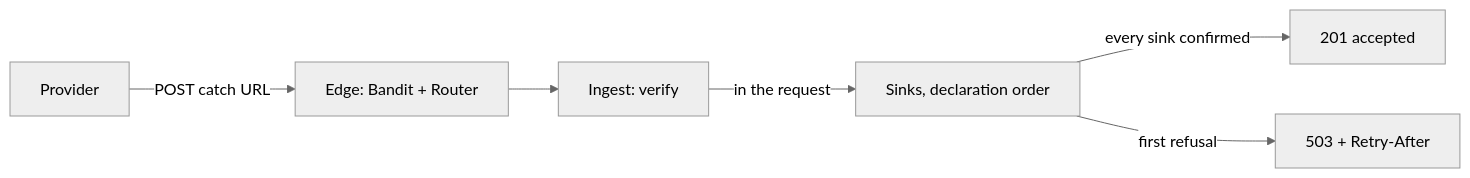
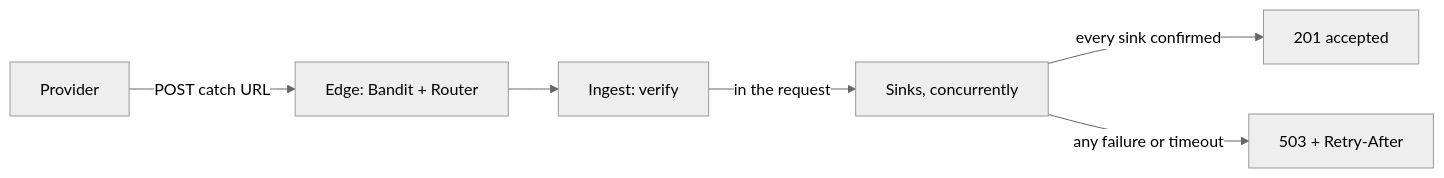
One commit to jamescarr/ankusa changed the second of 6 diagrams in docs/architecture.md. Above: the diagram before and after it, drawn with Mermaid (neutral theme). The commit also changed other lines of this file and 71 other files, not shown here.

````diff
--- a/docs/architecture.md
+++ b/docs/architecture.md
@@ -79,8 +79,8 @@
 ```mermaid
 flowchart LR
     P[Provider] -->|POST catch URL| E[Edge: Bandit + Router]
     E --> IG[Ingest: verify]
-    IG -->|in the request| SK[Sinks, declaration order]
+    IG -->|in the request| SK[Sinks, concurrently]
     SK -->|every sink confirmed| A[201 accepted]
-    SK -->|first refusal| R[503 + Retry-After]
+    SK -->|any failure or timeout| R[503 + Retry-After]
 ```
````
